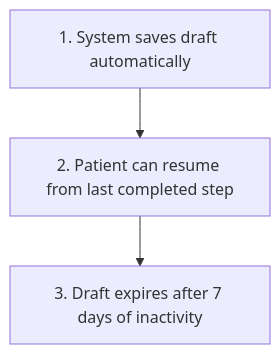
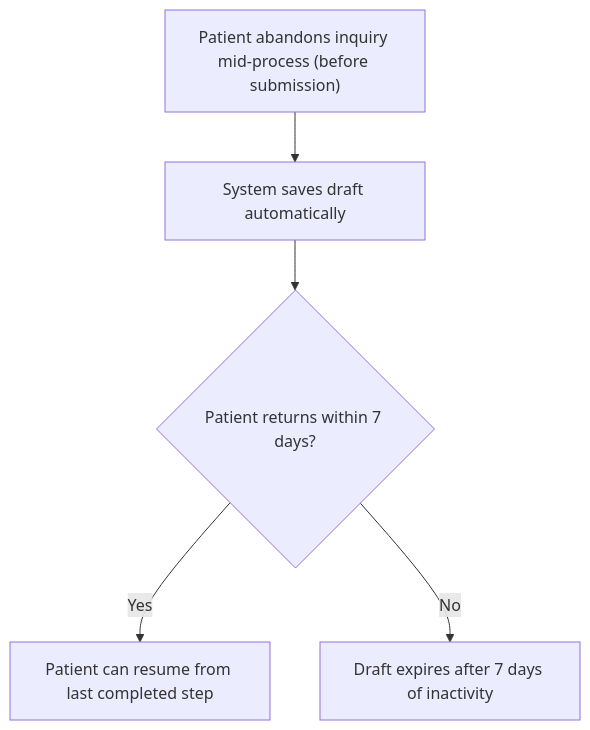
One commit to joachimtrungtuan/hairline-pm-docs changed the second of 14 diagrams in project-requirements/functional-requirements/fr003-inquiry-submission/prd.md. Above: the diagram before and after it, drawn with Mermaid. The commit also changed other lines of this file and 12 other files, not shown here.

Commit message:
Update task automation scripts and update FR-003 flows into Mermaid format

````diff
--- a/project-requirements/functional-requirements/fr003-inquiry-submission/prd.md
+++ b/project-requirements/functional-requirements/fr003-inquiry-submission/prd.md
@@ -136,5 +122,7 @@
 ```mermaid
 flowchart TD
-  A1S1["1. System saves draft automatically"] --> A1S2["2. Patient can resume from last completed step"]
-  A1S2 --> A1S3["3. Draft expires after 7 days of inactivity"]
+    Exit["Patient abandons inquiry mid-process (before submission)"] --> Save["System saves draft automatically"]
+    Save --> Resume{"Patient returns within 7 days?"}
+    Resume -->|Yes| Continue["Patient can resume from last completed step"]
+    Resume -->|No| Expire["Draft expires after 7 days of inactivity"]
 ```
````
